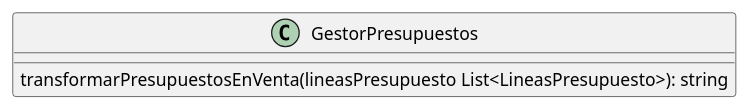
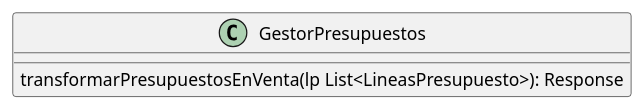
Before and after one commit to ZMGestion/DocumentacionZMGestion: the diagram in DiagramaClases/Gestores/GestorPresupuestos.puml, drawn with PlantUML. The commit also changed 27 other files, not shown here.

```diff
--- a/DiagramaClases/Gestores/GestorPresupuestos.puml
+++ b/DiagramaClases/Gestores/GestorPresupuestos.puml
@@ -1,5 +1,5 @@
 @startuml GestorPresupuestos
 class GestorPresupuestos{
-    transformarPresupuestosEnVenta(lineasPresupuesto List<LineasPresupuesto>): string
+    transformarPresupuestosEnVenta(lp List<LineasPresupuesto>): Response
 }
 @enduml
```
